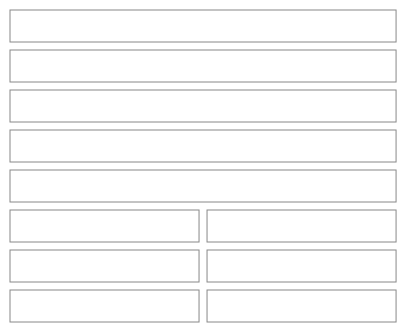
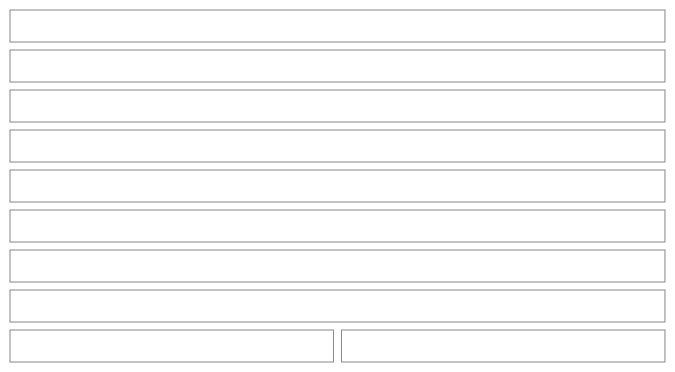
Before and after one commit to NovaMoonX/moondreams-dev-apps: the tenth of 57 diagrams in src/apps/pinch/UX.md, drawn with Mermaid. The commit also changed other lines of this file and 123 other files, not shown here.

````diff
--- a/src/apps/pinch/UX.md
+++ b/src/apps/pinch/UX.md
@@ -355,27 +395,25 @@
 ```mermaid
 %%{init: {'theme': 'base', 'themeVariables': {'primaryColor': 'transparent', 'primaryBorderColor': '#888888', 'primaryTextColor': '#333333', 'lineColor': '#888888'}}}%%
 block-beta
   columns 2
-  M1["‹ Dinner · Thu, Oct 15"]:2
-  M2["Change day or meal"]:2
+  M1["‹ Plan a meal"]:2
+  M2["📅 When · Today · 🍝 Dinner ›"]:2
   M3["What's on the plate?"]:2
   M4["🔍 Search recipes, saved meals, ingredients"]:2
   M5["Your recent recipes and saved meals"]:2
-  M6["🍽️ Taco night"]:1
-  M7["🍲 Adobo chicken"]:1
-  M8["🍲 Cilantro lime rice"]:1
-  M9["🍽️ Game night nachos"]:1
-  M10["Cancel"]:1
-  M11["Plan for today"]:1
+  M6["🖼️ Adobo chicken · 4 servings · 45 min · $3.20 per serving · 🥛 5 in the fridge +"]:2
+  M7["🍽️ Taco night · Saved meal · 2 items · $0.15+ +"]:2
+  M8["Add something for the plate"]:2
+  M9["Cancel"]:1
+  M10["Plan for today"]:1
   style M1 fill:transparent,stroke:#888888,stroke-width:1px;
   style M2 fill:transparent,stroke:#888888,stroke-width:1px;
   style M3 fill:transparent,stroke:#888888,stroke-width:1px;
   style M4 fill:transparent,stroke:#888888,stroke-width:1px;
   style M5 fill:transparent,stroke:#888888,stroke-width:1px;
   style M6 fill:transparent,stroke:#888888,stroke-width:1px;
   style M7 fill:transparent,stroke:#888888,stroke-width:1px;
   style M8 fill:transparent,stroke:#888888,stroke-width:1px;
   style M9 fill:transparent,stroke:#888888,stroke-width:1px;
   style M10 fill:transparent,stroke:#888888,stroke-width:1px;
-  style M11 fill:transparent,stroke:#888888,stroke-width:1px;
 ```
````
